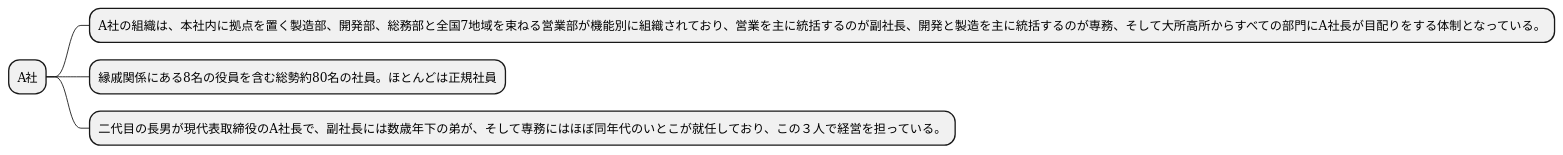
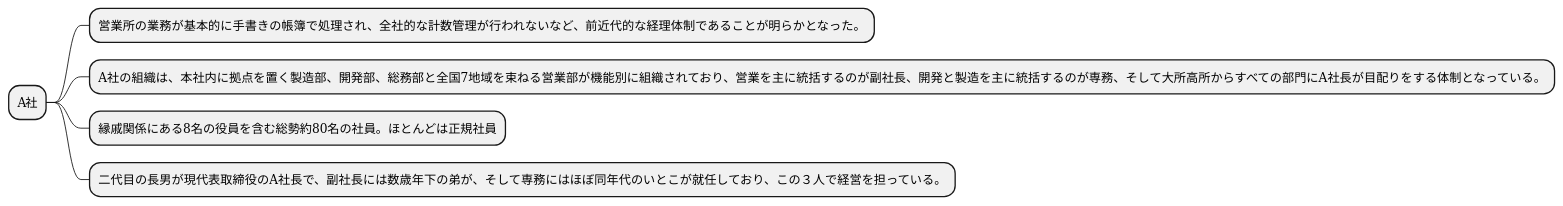
Before and after one commit to k2works/requirements_definition_excercise: diagram 12 of 13 in docs/R01/study/study_1_r01.md, drawn with PlantUML. The commit also changed other lines of this file, not shown here.

````diff
--- a/docs/R01/study/study_1_r01.md
+++ b/docs/R01/study/study_1_r01.md
@@ -283,10 +292,11 @@
 ```plantuml
 @startmindmap
 
 * A社
+** 営業所の業務が基本的に手書きの帳簿で処理され、全社的な計数管理が行われないなど、前近代的な経理体制であることが明らかとなった。
 ** A社の組織は、本社内に拠点を置く製造部、開発部、総務部と全国7地域を束ねる営業部が機能別に組織されており、営業を主に統括するのが副社長、開発と製造を主に統括するのが専務、そして大所高所からすべての部門にA社長が目配りをする体制となっている。
 ** 縁戚関係にある8名の役員を含む総勢約80名の社員。ほとんどは正規社員
 ** 二代目の長男が現代表取締役のA社長で、副社長には数歳年下の弟が、そして専務にはほぼ同年代のいとこが就任しており、この３人で経営を担っている。
 
 @endmindmap
 ```
````
